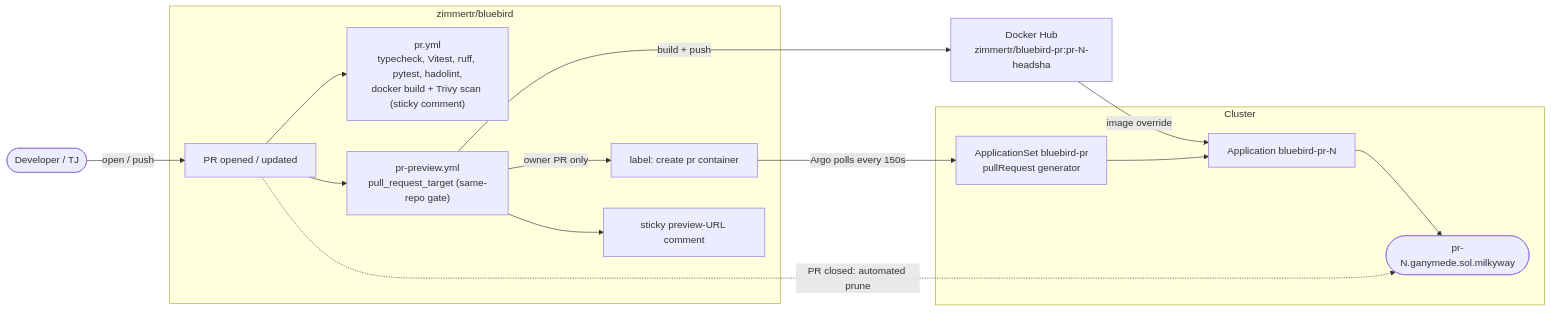
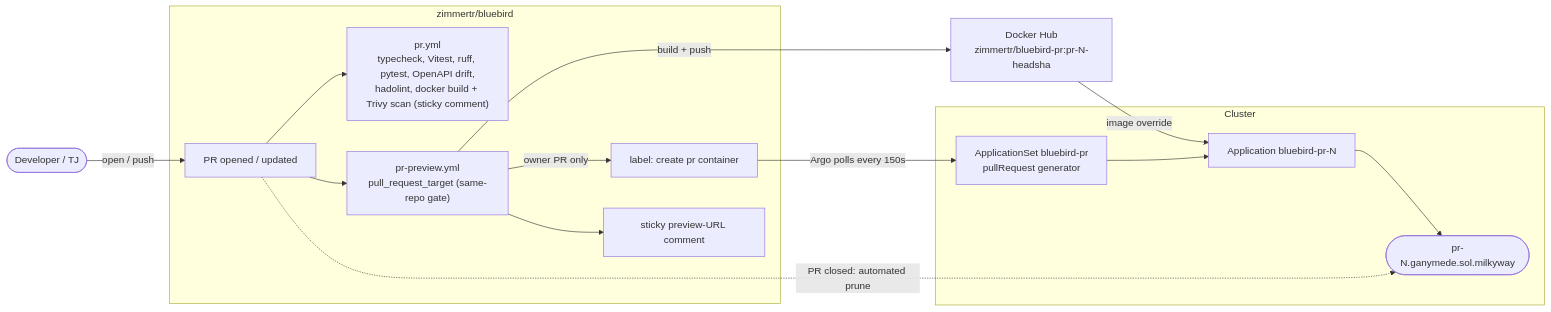
Before and after one commit to zimmertr/bluebird: the fourth of 6 diagrams in docs/CICD.md, drawn with Mermaid. The commit also changed other lines of this file and 25 other files, not shown here.

First line of the commit message:
feat: first-class API with version, capabilities, and an honest OpenAPI contract

````diff
--- a/docs/CICD.md
+++ b/docs/CICD.md
@@ -441,32 +456,32 @@
 ```mermaid
 flowchart LR
     dev(["Developer / TJ"])
 
     subgraph BB["zimmertr/bluebird"]
         pr["PR opened / updated"]
-        checks["pr.yml<br/>typecheck, Vitest, ruff, pytest, hadolint,<br/>docker build + Trivy scan (sticky comment)"]
+        checks["pr.yml<br/>typecheck, Vitest, ruff, pytest, OpenAPI drift,<br/>hadolint, docker build + Trivy scan (sticky comment)"]
         preview["pr-preview.yml<br/>pull_request_target (same-repo gate)"]
         label["label: create pr container"]
         comment["sticky preview-URL comment"]
     end
 
     dhpr["Docker Hub<br/>zimmertr/bluebird-pr:pr-N-headsha"]
 
     subgraph CL["Cluster"]
         appset["ApplicationSet bluebird-pr<br/>pullRequest generator"]
         app["Application bluebird-pr-N"]
         env(["pr-N.ganymede.sol.milkyway"])
     end
 
     dev -->|open / push| pr
     pr --> checks
     pr --> preview
     preview -->|build + push| dhpr
     preview -->|owner PR only| label
     preview --> comment
     label -->|Argo polls every 150s| appset
     appset --> app
     dhpr -->|image override| app
     app --> env
     pr -.->|PR closed: automated prune| env
 ```
````
